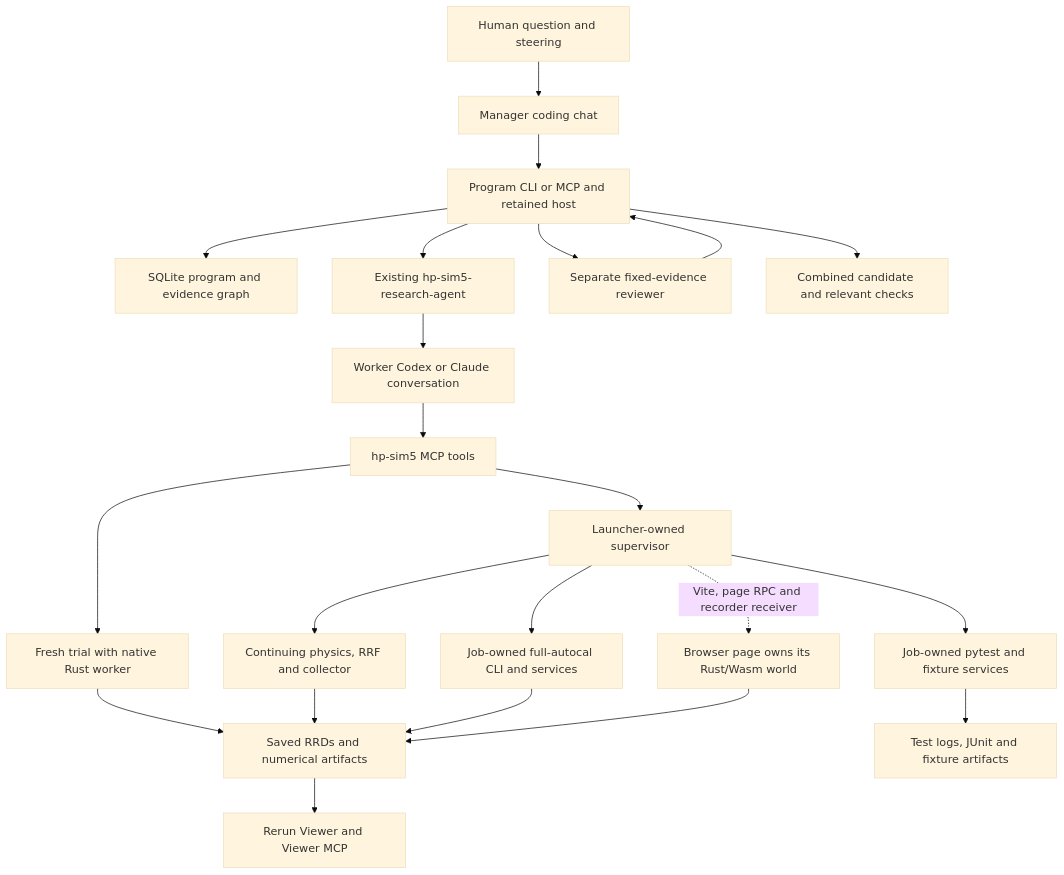
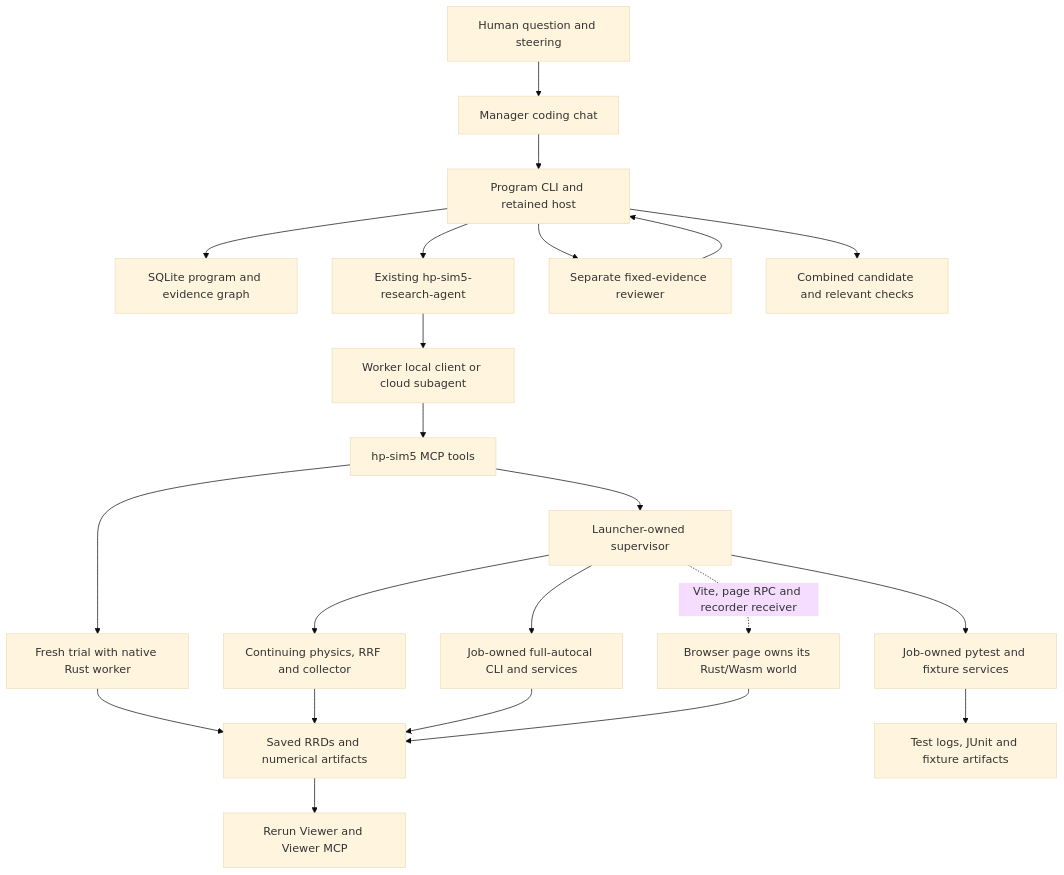
Before and after one commit to tobbelobb/hp-sim5: the diagram in research/architecture.md, drawn with Mermaid (base theme). The commit also changed other lines of this file and 29 other files, not shown here.

````diff
--- a/research/architecture.md
+++ b/research/architecture.md
@@ -33,24 +28,24 @@
 ```mermaid
 flowchart TD
     human[Human question and steering] --> manager[Manager coding chat]
-    manager --> controller[Program CLI or MCP and retained host]
+    manager --> controller[Program CLI and retained host]
     controller --> memory[SQLite program and evidence graph]
     controller --> launcher[Existing hp-sim5-research-agent]
-    launcher --> chat[Worker Codex or Claude conversation]
+    launcher --> chat[Worker local client or cloud subagent]
     controller --> review[Separate fixed-evidence reviewer]
     review --> controller
     controller --> integration[Combined candidate and relevant checks]
     chat --> tools[hp-sim5 MCP tools]
     tools --> fresh[Fresh trial with native Rust worker]
     tools --> supervisor[Launcher-owned supervisor]
     supervisor --> continuing[Continuing physics, RRF and collector]
     supervisor --> autocal[Job-owned full-autocal CLI and services]
     supervisor --> tests[Job-owned pytest and fixture services]
     supervisor -. Vite, page RPC and recorder receiver .-> browser[Browser page owns its Rust/Wasm world]
     fresh --> rrd[Saved RRDs and numerical artifacts]
     continuing --> rrd
     autocal --> rrd
     browser --> rrd
     tests --> logs[Test logs, JUnit and fixture artifacts]
     rrd --> viewer[Rerun Viewer and Viewer MCP]
 ```
````
